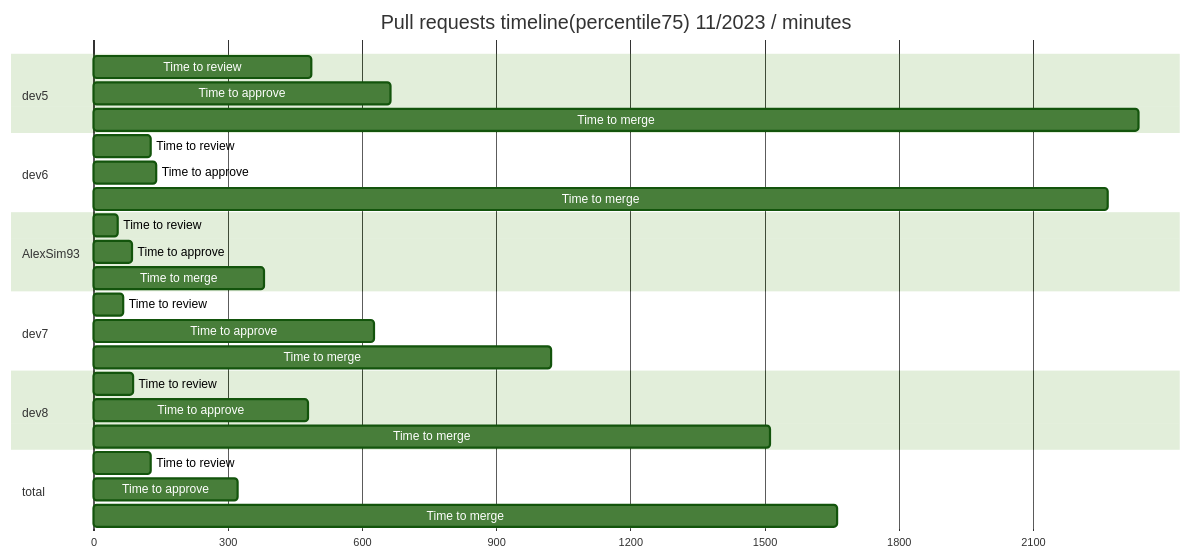
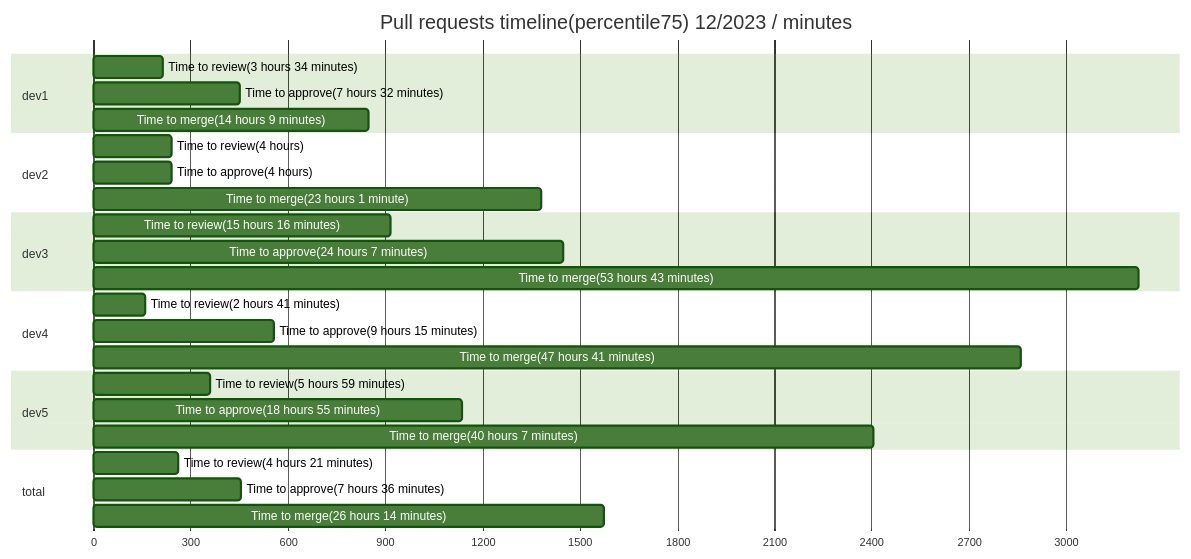
One commit to AlexSim93/pull-request-analytics-action changed the first of 2 diagrams in examples/periodReport.md. Above: the diagram before and after it, drawn with Mermaid (forest theme). The commit also changed other lines of this file and 1 other file, not shown here.

````diff
--- a/examples/periodReport.md
+++ b/examples/periodReport.md
@@ -41,36 +39,36 @@
 ```mermaid
 gantt
-title Pull requests timeline(percentile75) 11/2023 / minutes
+title Pull requests timeline(percentile75) 12/2023 / minutes
 dateFormat X
 axisFormat %s
+section dev1
+                Time to review(3 hours 34 minutes) :  0, 214
+Time to approve(7 hours 32 minutes) :  0, 452
+Time to merge(14 hours 9 minutes) :  0, 849
+
+section dev2
+                Time to review(4 hours) :  0, 240
+Time to approve(4 hours) :  0, 240
+Time to merge(23 hours 1 minute) :  0, 1381
+
+section dev3
+                Time to review(15 hours 16 minutes) :  0, 916
+Time to approve(24 hours 7 minutes) :  0, 1447
+Time to merge(53 hours 43 minutes) :  0, 3223
+
+section dev4
+                Time to review(2 hours 41 minutes) :  0, 161
+Time to approve(9 hours 15 minutes) :  0, 555
+Time to merge(47 hours 41 minutes) :  0, 2861
+
 section dev5
-                Time to review :  0, 486
-Time to approve :  0, 665
-Time to merge :  0, 2336
-
-section dev6
-                Time to review :  0, 129
-Time to approve :  0, 139
-Time to merge :  0, 2266
-
-section AlexSim93
-                Time to review :  0, 54
-Time to approve :  0, 85
-Time to merge :  0, 382
-
-section dev7
-                Time to review :  0, 67
-Time to approve :  0, 627
-Time to merge :  0, 1023
-
-section dev8
-                Time to review :  0, 89
-Time to approve :  0, 480
-Time to merge :  0, 1513
+                Time to review(5 hours 59 minutes) :  0, 359
+Time to approve(18 hours 55 minutes) :  0, 1135
+Time to merge(40 hours 7 minutes) :  0, 2407
 
 section total
-                Time to review :  0, 129
-Time to approve :  0, 323
-Time to merge :  0, 1663
+                Time to review(4 hours 21 minutes) :  0, 261
+Time to approve(7 hours 36 minutes) :  0, 456
+Time to merge(26 hours 14 minutes) :  0, 1574
 
 ```
````
